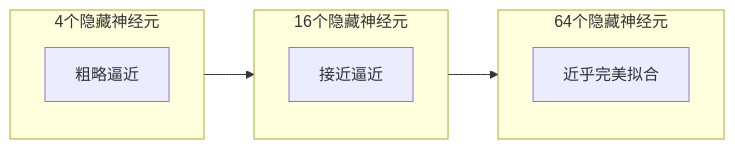
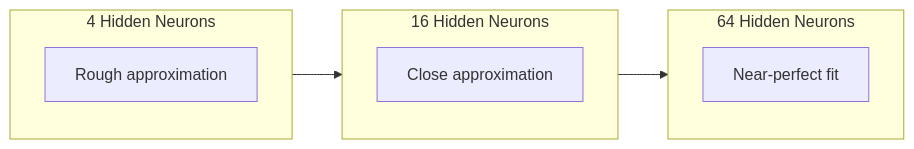
Before and after one commit to xiaojiaenen/ai-engineering-from-scratch-zh: the third of 3 diagrams in i18n/zh/phases/03-deep-learning-core/02-multi-layer-networks/docs/zh.md, drawn with Mermaid. The commit also changed other lines of this file and 13 other files, not shown here.

````diff
--- a/i18n/zh/phases/03-deep-learning-core/02-multi-layer-networks/docs/zh.md
+++ b/i18n/zh/phases/03-deep-learning-core/02-multi-layer-networks/docs/zh.md
@@ -131,13 +131,13 @@
 ```mermaid
 graph LR
-    subgraph FewNeurons["4个隐藏神经元"]
-        A["粗略逼近"]
+    subgraph FewNeurons["4 Hidden Neurons"]
+        A["Rough approximation"]
     end
-    subgraph MoreNeurons["16个隐藏神经元"]
-        B["接近逼近"]
+    subgraph MoreNeurons["16 Hidden Neurons"]
+        B["Close approximation"]
     end
-    subgraph ManyNeurons["64个隐藏神经元"]
-        C["近乎完美拟合"]
+    subgraph ManyNeurons["64 Hidden Neurons"]
+        C["Near-perfect fit"]
     end
     FewNeurons --> MoreNeurons --> ManyNeurons
 ```
````
